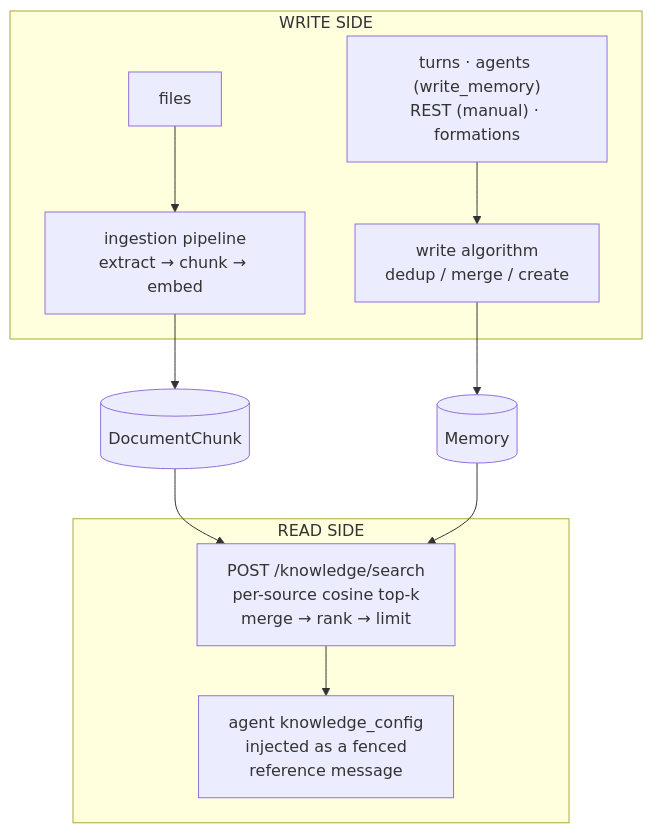
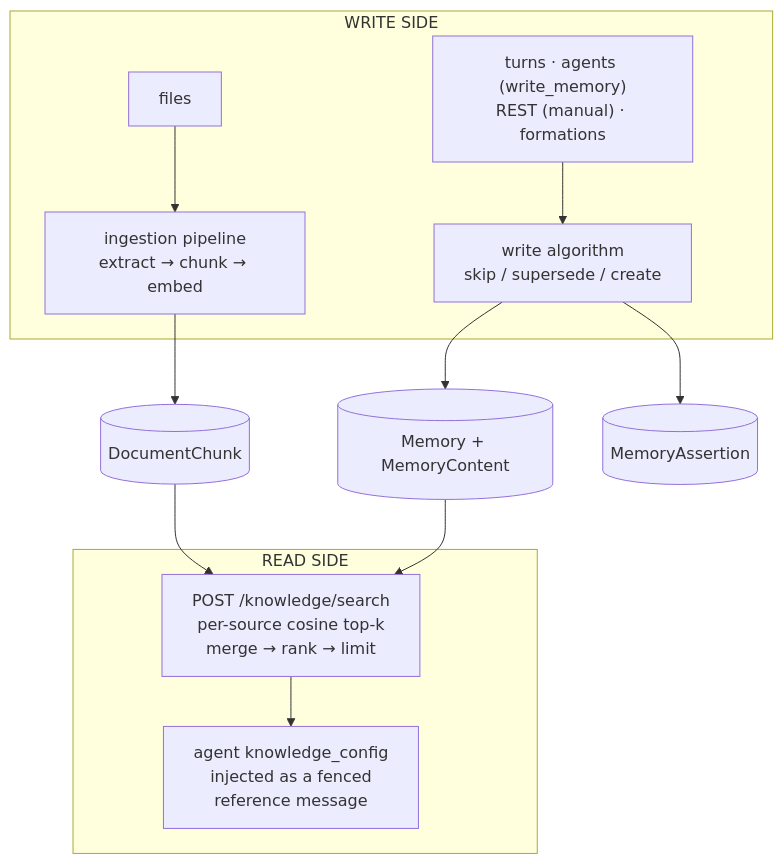
Before and after one commit to ttoss/soat: the diagram in packages/website/docs/advanced/memory-and-knowledge-engine.md, drawn with Mermaid. The commit also changed other lines of this file and 65 other files, not shown here.

First line of the commit message:
feat(memories)!: record every write as an assertion and replace merge with supersede (#1326)

````diff
--- a/packages/website/docs/advanced/memory-and-knowledge-engine.md
+++ b/packages/website/docs/advanced/memory-and-knowledge-engine.md
@@ -20,17 +20,18 @@
 ```mermaid
 flowchart TB
     subgraph WRITE["WRITE SIDE"]
         files["files"] --> ingest["ingestion pipeline<br/>extract → chunk → embed"]
-        sources["turns · agents (write_memory)<br/>REST (manual) · formations"] --> writealg["write algorithm<br/>dedup / merge / create"]
+        sources["turns · agents (write_memory)<br/>REST (manual) · formations"] --> writealg["write algorithm<br/>skip / supersede / create"]
     end
 
     ingest --> chunks[("DocumentChunk")]
-    writealg --> memories[("Memory")]
+    writealg --> memories[("Memory + MemoryContent")]
+    writealg --> assertions[("MemoryAssertion")]
 
     chunks --> search
     memories --> search
 
     subgraph READ["READ SIDE"]
         search["POST /knowledge/search<br/>per-source cosine top-k<br/>merge → rank → limit"] --> inject["agent knowledge_config<br/>injected as a fenced<br/>reference message"]
     end
 ```
````
